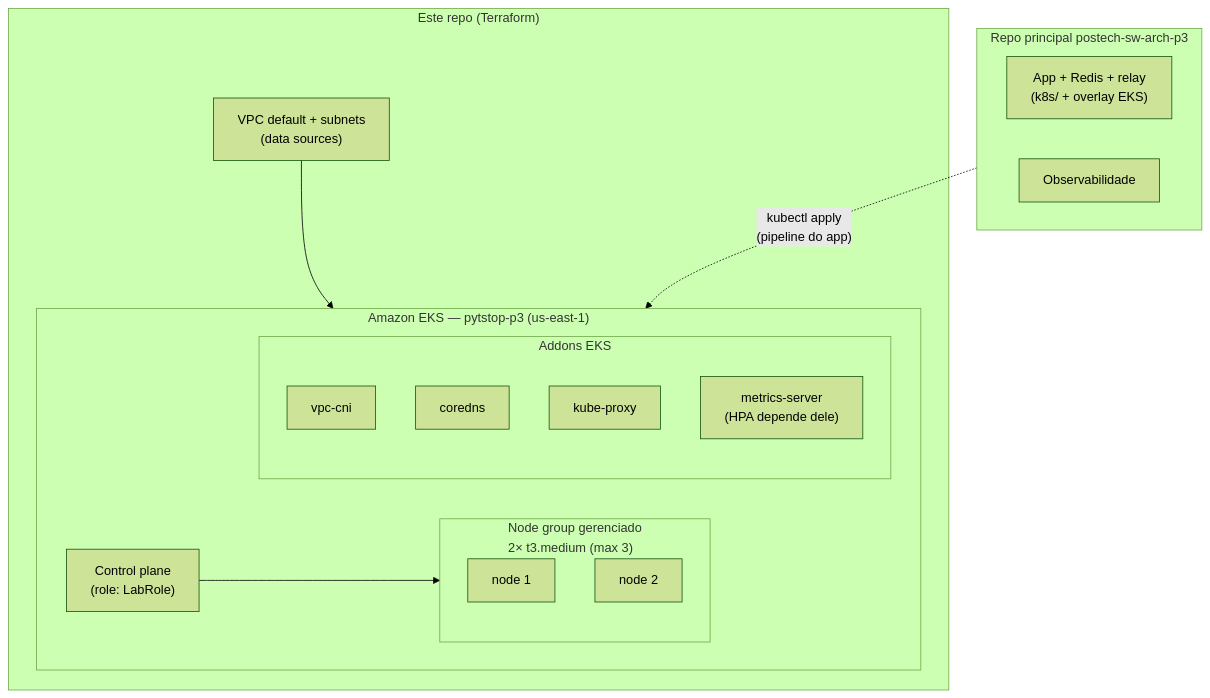
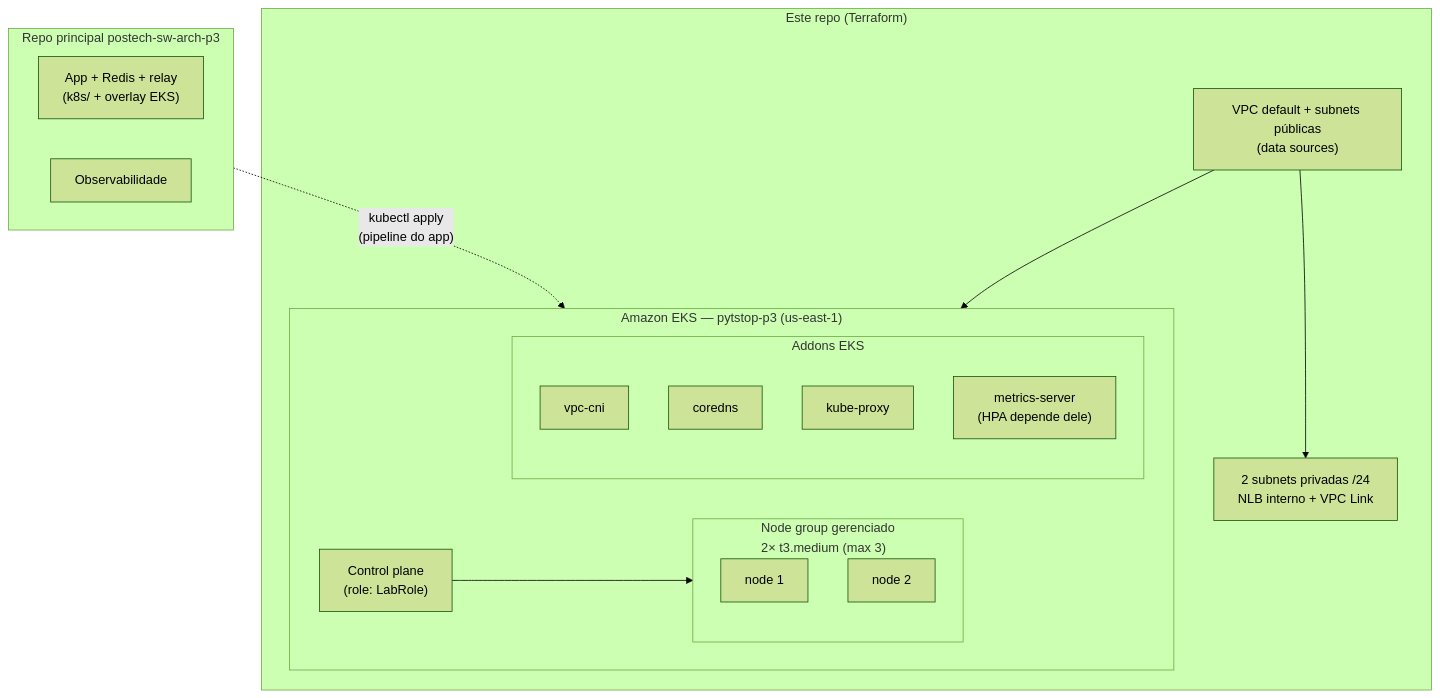
Before and after one commit to fiap-postech-sw-architecture/postech-sw-arch-p3-infra-k8s: the diagram in README.md, drawn with Mermaid (forest theme). The commit also changed other lines of this file and 11 other files, not shown here.

````diff
--- a/README.md
+++ b/README.md
@@ -25,28 +26,30 @@
 ```mermaid
 flowchart TB
     subgraph repo_infra["Este repo (Terraform)"]
         subgraph eks["Amazon EKS — pytstop-p3 (us-east-1)"]
             cp["Control plane<br/>(role: LabRole)"]
             subgraph ng["Node group gerenciado<br/>2× t3.medium (max 3)"]
                 n1["node 1"]
                 n2["node 2"]
             end
             subgraph addons["Addons EKS"]
                 cni["vpc-cni"]
                 dns["coredns"]
                 kp["kube-proxy"]
                 ms["metrics-server<br/>(HPA depende dele)"]
             end
         end
-        vpc["VPC default + subnets<br/>(data sources)"]
+        vpc["VPC default + subnets públicas<br/>(data sources)"]
+        private["2 subnets privadas /24<br/>NLB interno + VPC Link"]
     end
 
     subgraph repo_app["Repo principal postech-sw-arch-p3"]
         app["App + Redis + relay<br/>(k8s/ + overlay EKS)"]
         mon["Observabilidade"]
     end
 
     vpc --> eks
+    vpc --> private
     cp --> ng
     repo_app -. "kubectl apply<br/>(pipeline do app)" .-> eks
 ```
````
